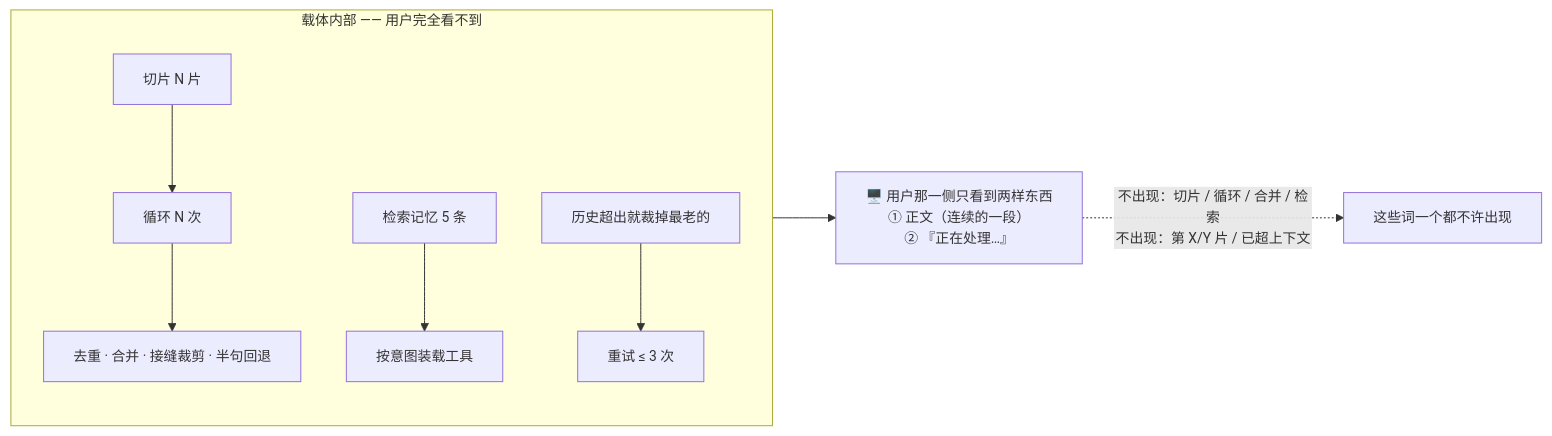
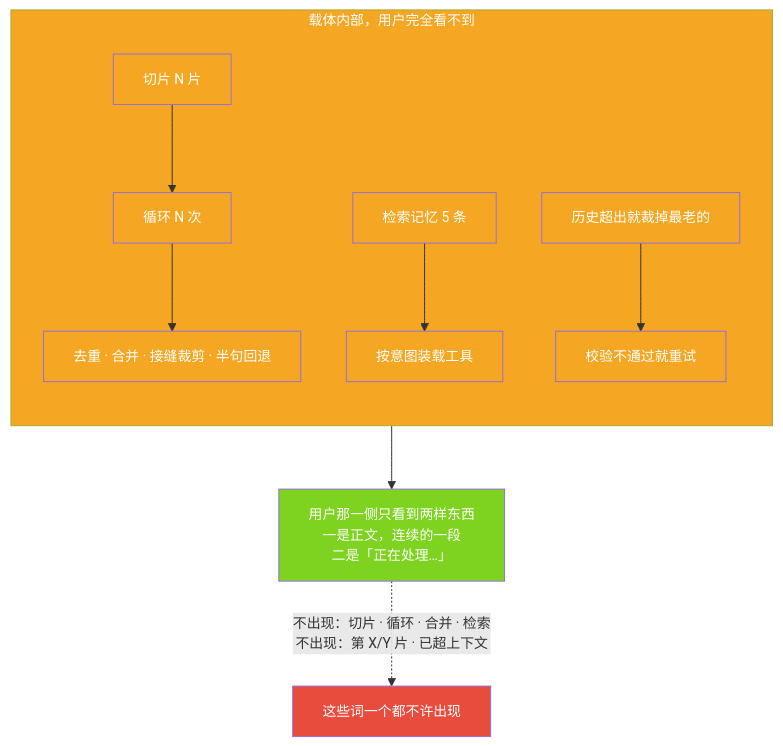
Before and after one commit to jiangchuangege/xiaojiao-harnees: the fifth of 7 diagrams in docs/six-infinity.md, drawn with Mermaid. The commit also changed other lines of this file, not shown here.

Commit message:
docs: six-infinity 重写收尾（补 rerank 二次判断层与拆分开的延迟判据，12 张图重画）

````diff
--- a/docs/six-infinity.md
+++ b/docs/six-infinity.md
@@ -367,12 +499,22 @@
 ```mermaid
 %%{init: {"themeVariables": {"fontSize": "14px"}, "flowchart": {"htmlLabels": true, "wrappingWidth": 320, "nodeSpacing": 46, "rankSpacing": 64, "useMaxWidth": true}}}%%
-flowchart LR
-    subgraph BG["载体内部 —— 用户完全看不到"]
+flowchart TB
+    subgraph BG["载体内部，用户完全看不到"]
         direction TB
         X1["切片 N 片"] --> X2["循环 N 次"] --> X3["去重 · 合并 · 接缝裁剪 · 半句回退"]
         X4["检索记忆 5 条"] --> X5["按意图装载工具"]
-        X6["历史超出就裁掉最老的"] --> X7["重试 ≤ 3 次"]
+        X6["历史超出就裁掉最老的"] --> X7["校验不通过就重试"]
     end
-    BG --> UI["🖥️ 用户那一侧只看到两样东西<br/>① 正文（连续的一段）<br/>② 『正在处理…』"]
-    UI -.->|"不出现：切片 / 循环 / 合并 / 检索<br/>不出现：第 X/Y 片 / 已超上下文"| NEVER["这些词一个都不许出现"]
+    BG --> UI["用户那一侧只看到两样东西<br/>一是正文，连续的一段<br/>二是「正在处理…」"]
+    UI -.->|"不出现：切片 · 循环 · 合并 · 检索<br/>不出现：第 X/Y 片 · 已超上下文"| NEVER["这些词一个都不许出现"]
+    style BG fill:#F5A623,color:#fff
+    style X1 fill:#F5A623,color:#fff
+    style X2 fill:#F5A623,color:#fff
+    style X3 fill:#F5A623,color:#fff
+    style X4 fill:#F5A623,color:#fff
+    style X5 fill:#F5A623,color:#fff
+    style X6 fill:#F5A623,color:#fff
+    style X7 fill:#F5A623,color:#fff
+    style UI fill:#7ED321,color:#fff
+    style NEVER fill:#E74C3C,color:#fff
 ```
````
